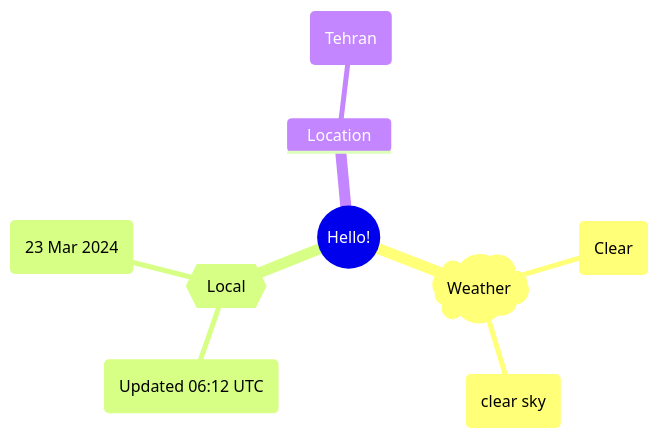
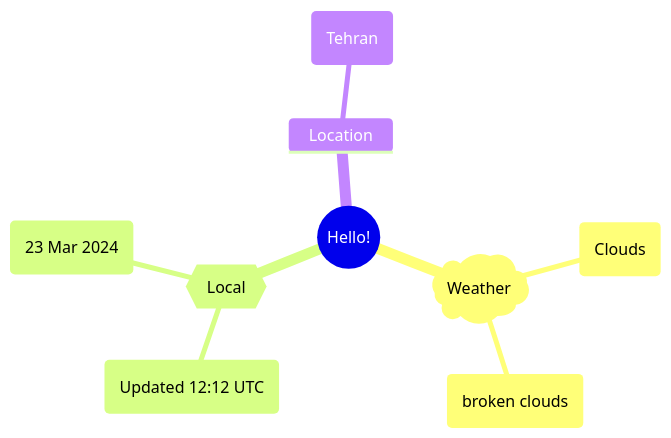
Before and after one commit to Xosrov/Xosrov: the first of 2 diagrams in README.md, drawn with Mermaid.

Commit message:
[bot] updated images

````diff
--- a/README.md
+++ b/README.md
@@ -3,12 +3,12 @@
 ```mermaid
 mindmap
   root((Hello!))
     )Weather(
-        (Clear)
-        (clear sky)
+        (Clouds)
+        (broken clouds)
     {{Local}}
-        (Updated 06:12 UTC)
+        (Updated 12:12 UTC)
         (23 Mar 2024)
     Location
         (Tehran)
 ```
````
